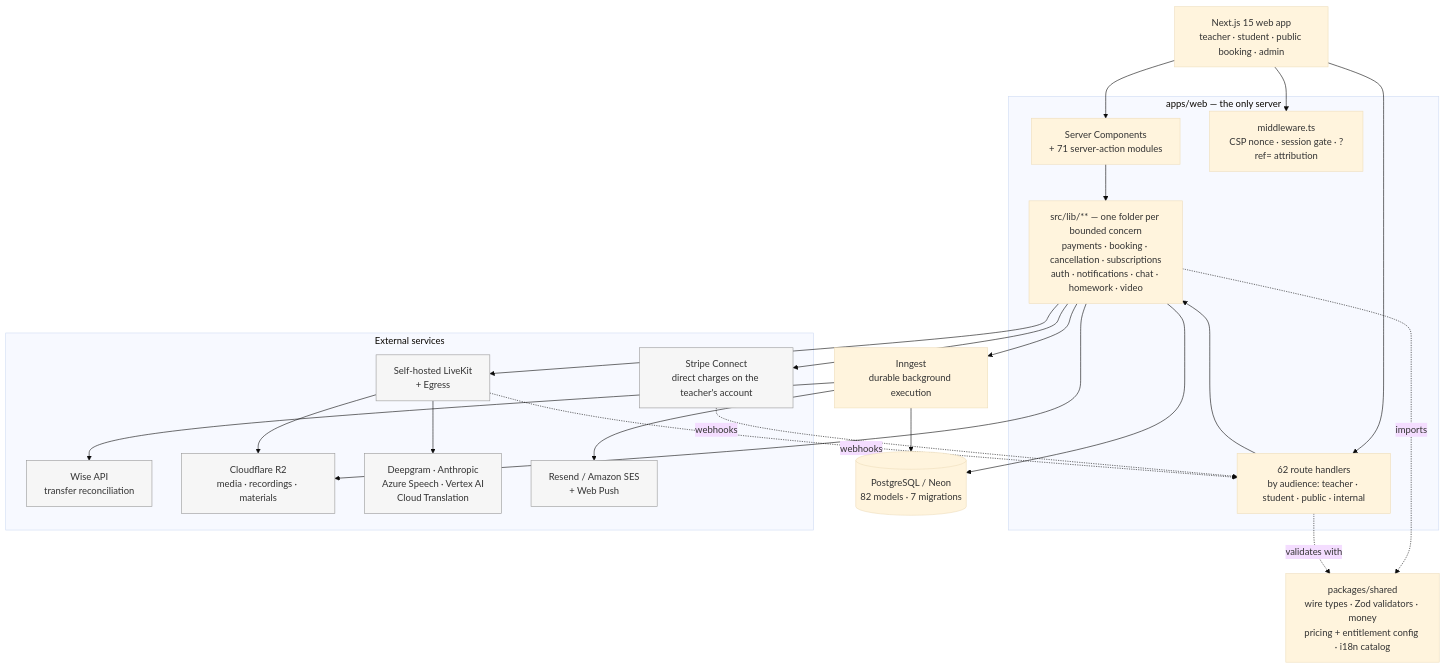
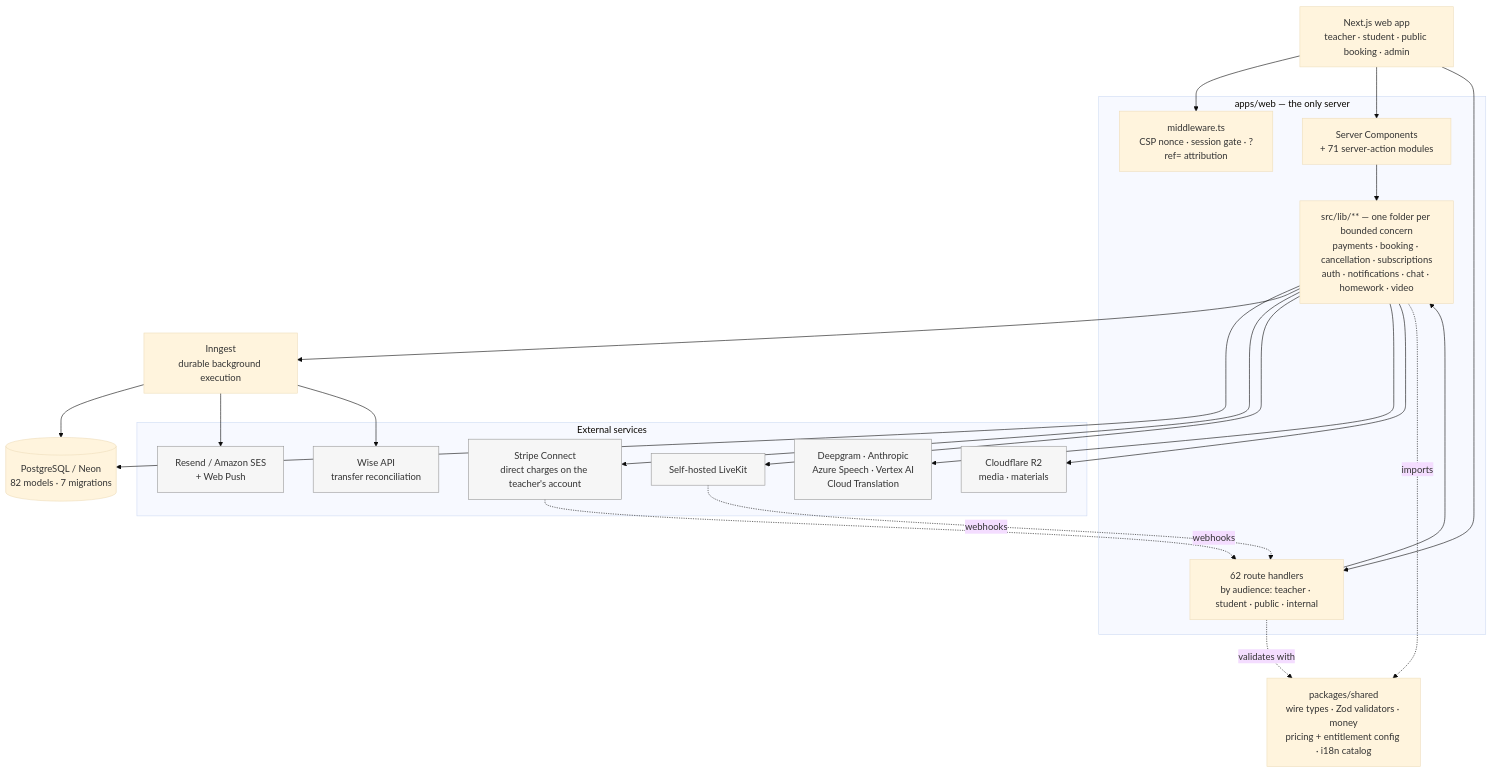
One commit to jaystewartuk/spiralclass changed the first of 2 diagrams in README.md. Above: the diagram before and after it, drawn with Mermaid (base theme). The commit also changed other lines of this file and 4 other files, not shown here.

````diff
--- a/README.md
+++ b/README.md
@@ -130,48 +94,47 @@
 ```mermaid
 graph TB
-    WEB["Next.js 15 web app<br/>teacher · student · public booking · admin"]
+    WEB["Next.js web app<br/>teacher · student · public booking · admin"]
 
     subgraph app["apps/web — the only server"]
         RSC["Server Components<br/>+ 71 server-action modules"]
         API["62 route handlers<br/>by audience: teacher · student · public · internal"]
         MW["middleware.ts<br/>CSP nonce · session gate · ?ref= attribution"]
         LIB["src/lib/** — one folder per bounded concern<br/>payments · booking · cancellation · subscriptions<br/>auth · notifications · chat · homework · video"]
     end
 
     SH["packages/shared<br/>wire types · Zod validators · money<br/>pricing + entitlement config · i18n catalog"]
 
     DB[("PostgreSQL / Neon<br/>82 models · 7 migrations")]
     JOBS["Inngest<br/>durable background execution"]
 
     subgraph external["External services"]
         STRIPE["Stripe Connect<br/>direct charges on the teacher's account"]
         WISE["Wise API<br/>transfer reconciliation"]
-        LK["Self-hosted LiveKit<br/>+ Egress"]
-        R2["Cloudflare R2<br/>media · recordings · materials"]
+        LK["Self-hosted LiveKit"]
+        R2["Cloudflare R2<br/>media · materials"]
         AI["Deepgram · Anthropic<br/>Azure Speech · Vertex AI<br/>Cloud Translation"]
         MAIL["Resend / Amazon SES<br/>+ Web Push"]
     end
 
     WEB --> MW
     WEB --> RSC
     WEB --> API
     RSC --> LIB
     API --> LIB
     LIB --> DB
     LIB --> JOBS
     JOBS --> DB
     JOBS --> MAIL
     LIB --> STRIPE
     JOBS --> WISE
     LIB --> LK
-    LK --> R2
-    LK --> AI
+    LIB --> AI
     LIB --> R2
     LIB -.imports.-> SH
     API -.validates with.-> SH
     STRIPE -.webhooks.-> API
     LK -.webhooks.-> API
 
     classDef ext fill:#f6f6f6,stroke:#999,color:#333
     class STRIPE,WISE,LK,R2,AI,MAIL ext
 ```
````
